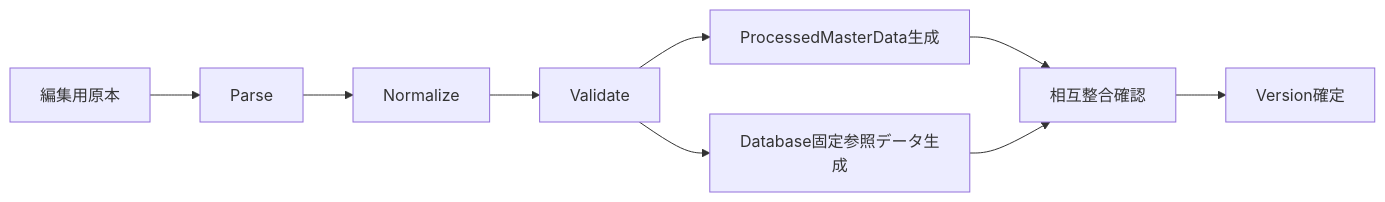
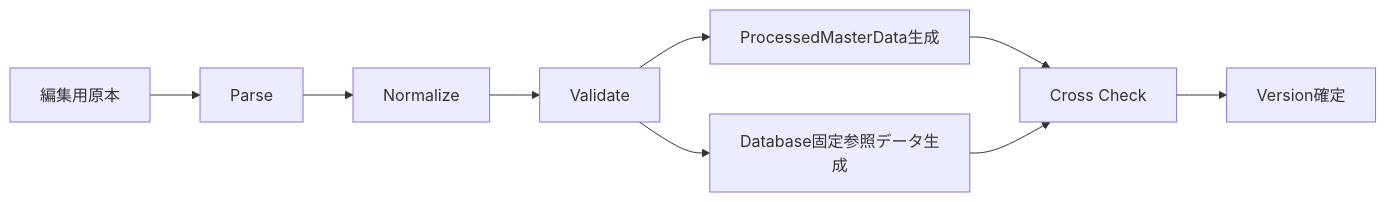
The first of 2 diagrams in design/programming/game/master_data_pipeline.md (ReHydrangeaOdyssey/Specifications), drawn with Mermaid before and after one commit. The commit also changed other lines of this file and 35 other files, not shown here.

````diff
--- a/design/programming/game/master_data_pipeline.md
+++ b/design/programming/game/master_data_pipeline.md
@@ -11,11 +9,11 @@
 ```mermaid
 flowchart LR
     Source[編集用原本] --> Parse[Parse]
     Parse --> Normalize[Normalize]
     Normalize --> Validate[Validate]
     Validate --> Proto[ProcessedMasterData生成]
-    Validate --> DBData[Database固定参照データ生成]
-    Proto --> CrossCheck[相互整合確認]
-    DBData --> CrossCheck
-    CrossCheck --> Version[Version確定]
+    Validate --> SQL[Database固定参照データ生成]
+    Proto --> Check[Cross Check]
+    SQL --> Check
+    Check --> Version[Version確定]
 ```
````
